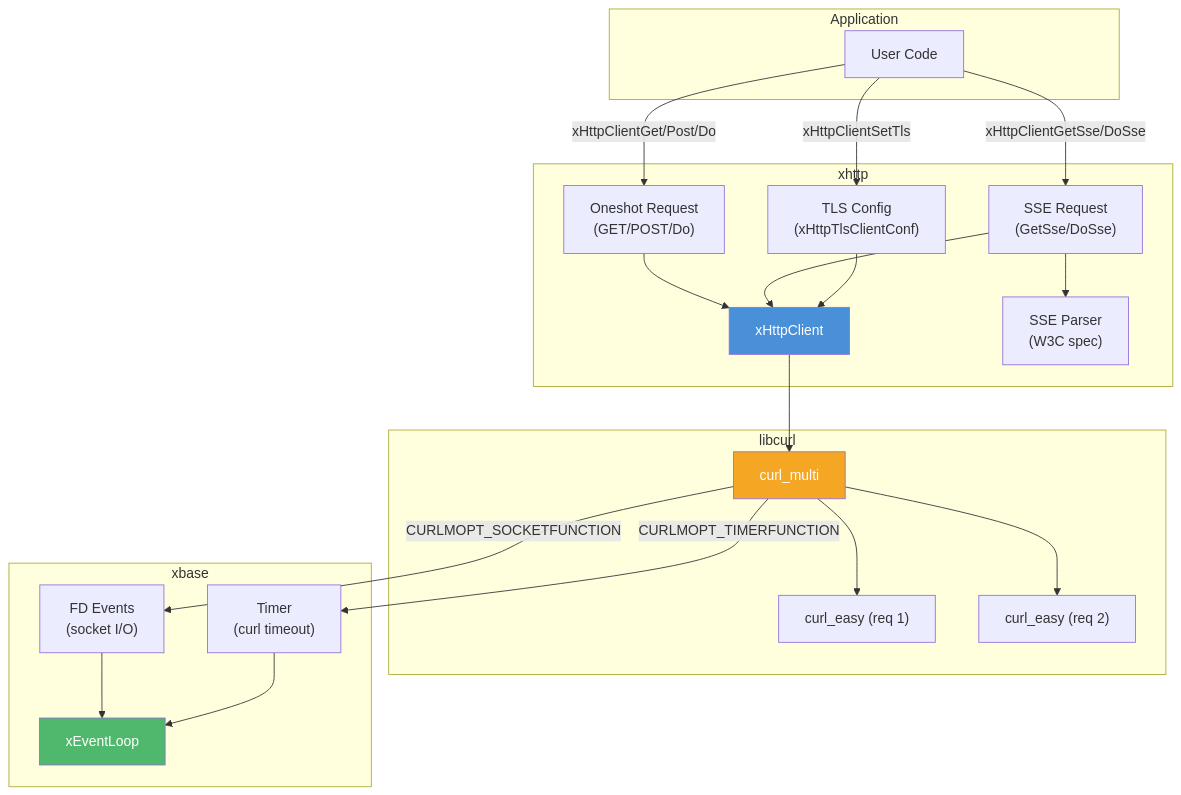
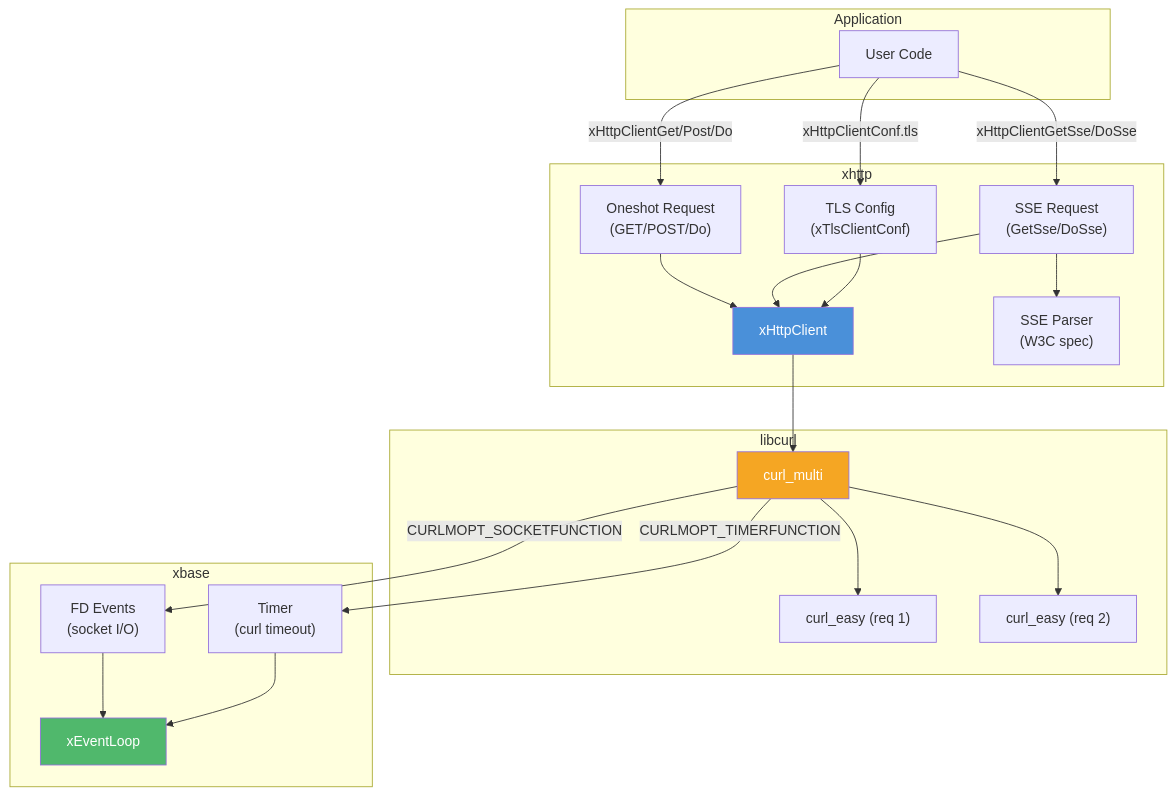
Before and after one commit to mivinci/DownloadKit: the diagram in docs/xhttp/README.md, drawn with Mermaid. The commit also changed other lines of this file and 69 other files, not shown here.

First line of the commit message:
feat(ws): WebSocket client, permessage-deflate, TLS/DNS/URL infra (#56)

````diff
--- a/docs/xhttp/README.md
+++ b/docs/xhttp/README.md
@@ -23,45 +23,45 @@
 ```mermaid
 graph TD
     subgraph "Application"
         APP["User Code"]
     end
 
     subgraph "xhttp"
         CLIENT["xHttpClient"]
-        TLS_CLI["TLS Config<br/>(xHttpTlsClientConf)"]
+        TLS_CLI["TLS Config<br/>(xTlsClientConf)"]
         ONESHOT["Oneshot Request<br/>(GET/POST/Do)"]
         SSE["SSE Request<br/>(GetSse/DoSse)"]
         PARSER["SSE Parser<br/>(W3C spec)"]
     end
 
     subgraph "libcurl"
         MULTI["curl_multi"]
         EASY1["curl_easy (req 1)"]
         EASY2["curl_easy (req 2)"]
     end
 
     subgraph "xbase"
         LOOP["xEventLoop"]
         TIMER["Timer<br/>(curl timeout)"]
         FD["FD Events<br/>(socket I/O)"]
     end
 
     APP -->|"xHttpClientGet/Post/Do"| ONESHOT
     APP -->|"xHttpClientGetSse/DoSse"| SSE
-    APP -->|"xHttpClientSetTls"| TLS_CLI
+    APP -->|"xHttpClientConf.tls"| TLS_CLI
     SSE --> PARSER
     ONESHOT --> CLIENT
     SSE --> CLIENT
     TLS_CLI --> CLIENT
     CLIENT --> MULTI
     MULTI --> EASY1
     MULTI --> EASY2
     MULTI -->|"CURLMOPT_SOCKETFUNCTION"| FD
     MULTI -->|"CURLMOPT_TIMERFUNCTION"| TIMER
     FD --> LOOP
     TIMER --> LOOP
 
     style CLIENT fill:#4a90d9,color:#fff
     style LOOP fill:#50b86c,color:#fff
     style MULTI fill:#f5a623,color:#fff
 ```
````
